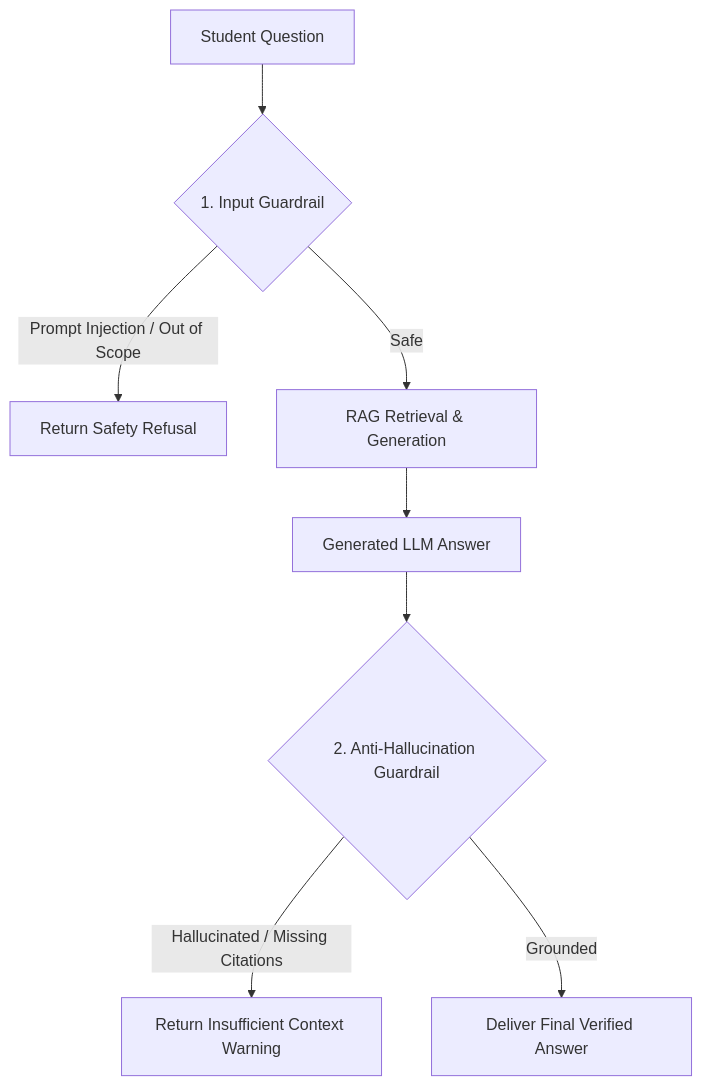
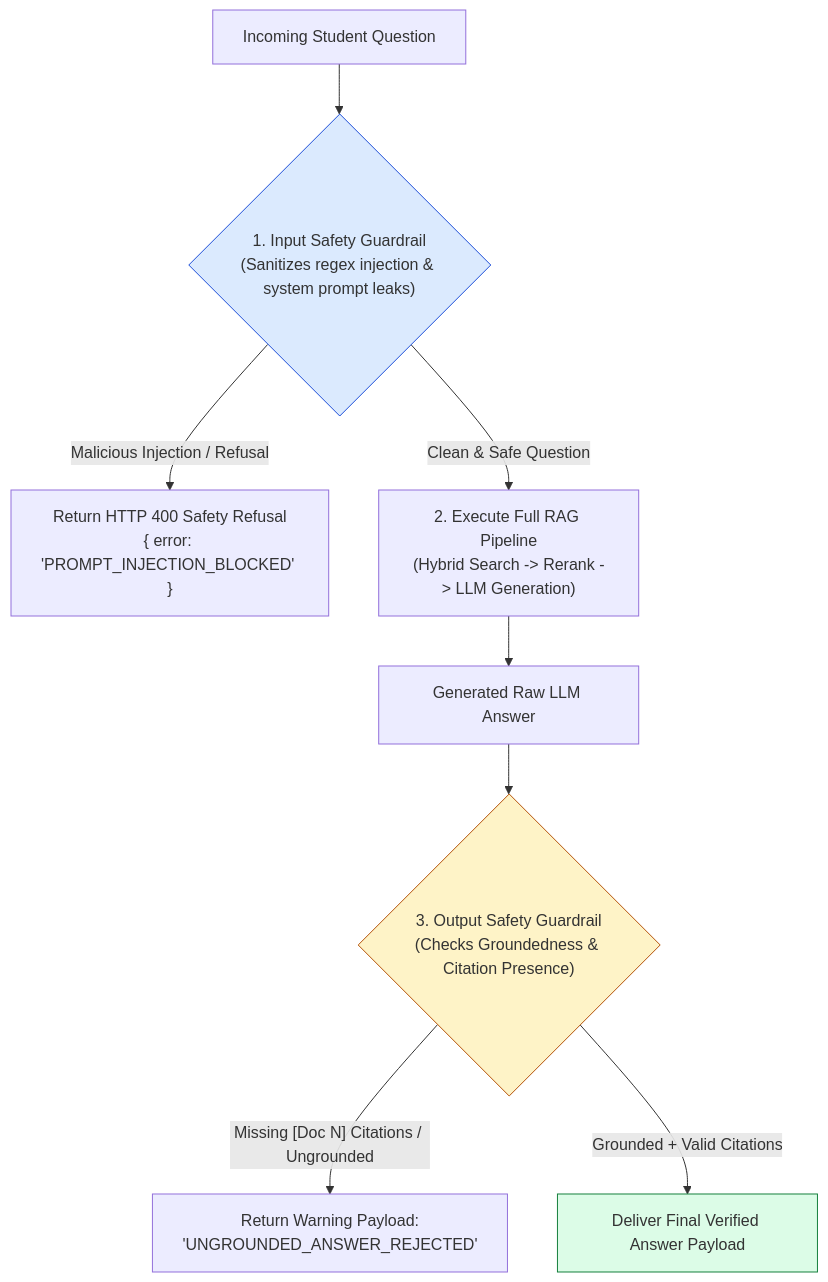
The first of 3 diagrams in agentic-ai-notes/03-vidya-rag/10-rag-guardrails.md (Amie-dev/engineering-playbook), drawn with Mermaid before and after one commit. The commit also changed other lines of this file and 14 other files, not shown here.

````diff
--- a/agentic-ai-notes/03-vidya-rag/10-rag-guardrails.md
+++ b/agentic-ai-notes/03-vidya-rag/10-rag-guardrails.md
@@ -10,11 +13,20 @@
 ```mermaid
 flowchart TD
-    InputQuestion[Student Question] --> InputGuard{1. Input Guardrail}
-    InputGuard -- Prompt Injection / Out of Scope --> RejectInput[Return Safety Refusal]
-    InputGuard -- Safe --> Pipeline[RAG Retrieval & Generation]
-    
-    Pipeline --> LLMAnswer[Generated LLM Answer]
-    LLMAnswer --> OutputGuard{2. Anti-Hallucination Guardrail}
-    OutputGuard -- "Hallucinated / Missing Citations" --> RefuseOutput[Return Insufficient Context Warning]
-    OutputGuard -- Grounded --> DeliverAnswer[Deliver Final Verified Answer]
+    StudentReq[Incoming Student Question] --> InputGuard{"1. Input Safety Guardrail<br/>(Sanitizes regex injection & system prompt leaks)"}
+
+    InputGuard -- "Malicious Injection / Refusal" --> RefuseInput["Return HTTP 400 Safety Refusal<br/>{ error: 'PROMPT_INJECTION_BLOCKED' }"]
+
+    InputGuard -- "Clean & Safe Question" --> RAGPipeline["2. Execute Full RAG Pipeline<br/>(Hybrid Search -> Rerank -> LLM Generation)"]
+
+    RAGPipeline --> LLMOutput["Generated Raw LLM Answer"]
+
+    LLMOutput --> OutputGuard{"3. Output Safety Guardrail<br/>(Checks Groundedness & Citation Presence)"}
+
+    OutputGuard -- "Missing [Doc N] Citations / Ungrounded" --> RejectOutput["Return Warning Payload:<br/>'UNGROUNDED_ANSWER_REJECTED'"]
+
+    OutputGuard -- "Grounded + Valid Citations" --> DeliverResponse[Deliver Final Verified Answer Payload]
+
+    style InputGuard fill:#dbeafe,stroke:#1d4ed8
+    style OutputGuard fill:#fef3c7,stroke:#b45309
+    style DeliverResponse fill:#dcfce7,stroke:#15803d
 ```
````
